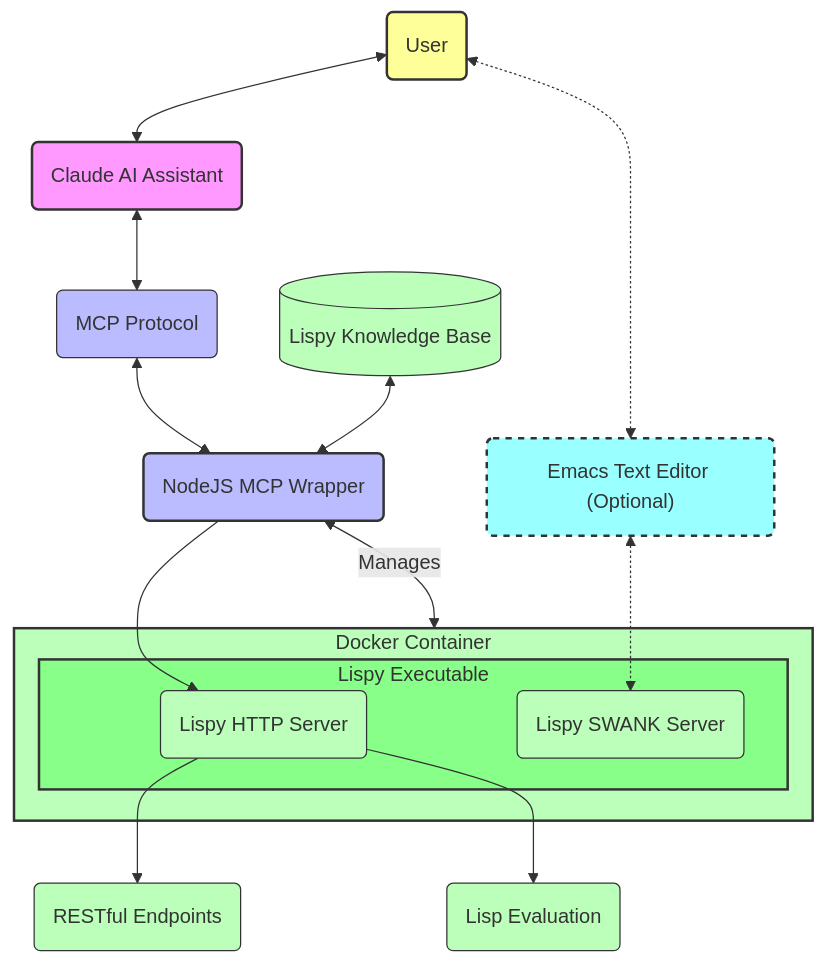
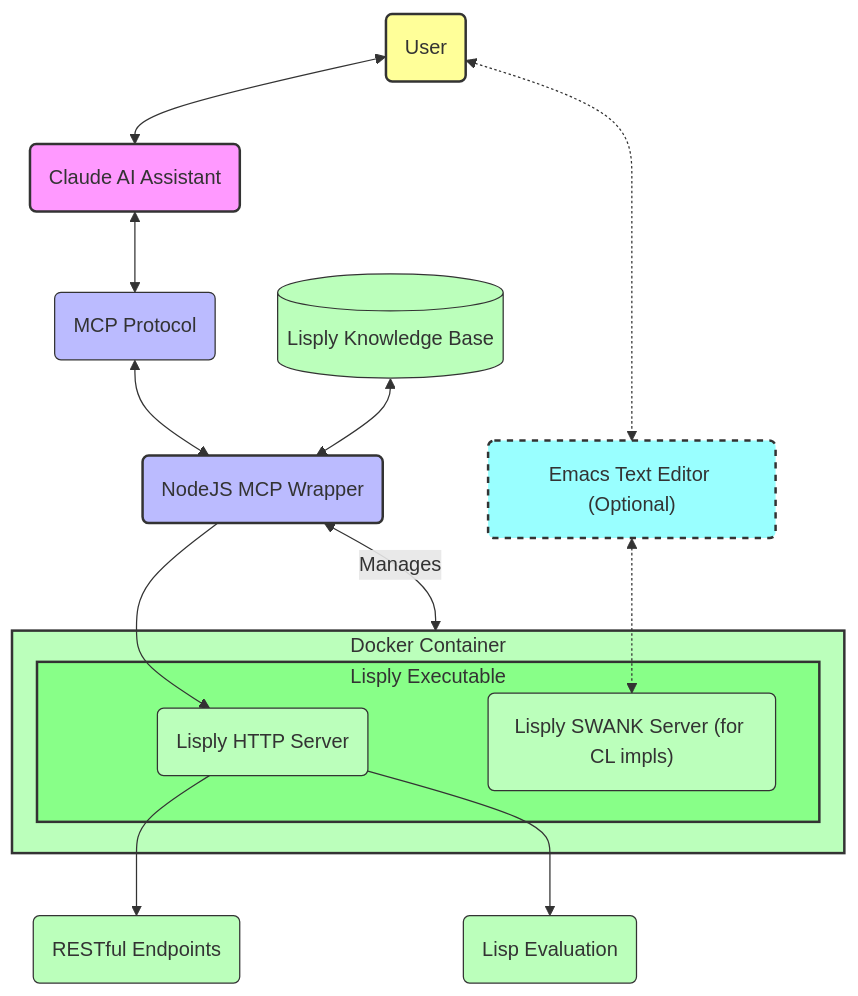
One commit to gornskew/lisply-mcp changed the diagram in README.md. Above: the diagram before and after it, drawn with Mermaid. The commit also changed other lines of this file and 2 other files, not shown here.

````diff
--- a/README.md
+++ b/README.md
@@ -57,39 +57,39 @@
 ```mermaid
 flowchart TB
     User("User") <--> Claude("Claude AI Assistant")
     User <-.-> Emacs("Emacs Text Editor (Optional)")
 
     Claude <--> MCP("MCP Protocol")
     MCP <--> Wrapper("NodeJS MCP Wrapper")
 
-    Wrapper --> LispyHttp("Lispy HTTP Server")
+    Wrapper --> LisplyHttp("Lisply HTTP Server")
     
     subgraph Docker ["Docker Container"]
-    subgraph LispyExec["Lispy Executable"]
-    LispyHttp
-    LispySwank("Lispy SWANK Server")
+    subgraph LisplyExec["Lisply Executable"]
+    LisplyHttp
+    LisplySwank("Lisply SWANK Server (for CL impls)")
     end
     end
 	
     Wrapper <-- "Manages" --> Docker
 
-    Emacs <-.-> LispySwank
+    Emacs <-.-> LisplySwank
     
-    KB[("Lispy Knowledge Base")] <--> Wrapper
+    KB[("Lisply Knowledge Base")] <--> Wrapper
     
-    LispyHttp --> Endpoints("RESTful Endpoints")
-    LispyHttp --> LispEval("Lisp Evaluation")
+    LisplyHttp --> Endpoints("RESTful Endpoints")
+    LisplyHttp --> LispEval("Lisp Evaluation")
     
     style User fill:#ff9,stroke:#333,stroke-width:2px
     style Claude fill:#f9f,stroke:#333,stroke-width:2px
     style Emacs fill:#9ff,stroke:#333,stroke-width:2px,stroke-dasharray:5
     style Wrapper fill:#bbf,stroke:#333,stroke-width:2px
     style MCP fill:#bbf,stroke:#333,stroke-width:1px
     style Docker fill:#bfb,stroke:#333,stroke-width:2px
-    style LispyExec fill:#8f8,stroke:#333,stroke-width:2px
-    style LispyHttp fill:#bfb,stroke:#333,stroke-width:1px
-    style LispySwank fill:#bfb,stroke:#333,stroke-width:1px
+    style LisplyExec fill:#8f8,stroke:#333,stroke-width:2px
+    style LisplyHttp fill:#bfb,stroke:#333,stroke-width:1px
+    style LisplySwank fill:#bfb,stroke:#333,stroke-width:1px
     style KB fill:#bfb,stroke:#333,stroke-width:1px
     style Endpoints fill:#bfb,stroke:#333,stroke-width:1px
     style LispEval fill:#bfb,stroke:#333,stroke-width:1px
 ```
````
